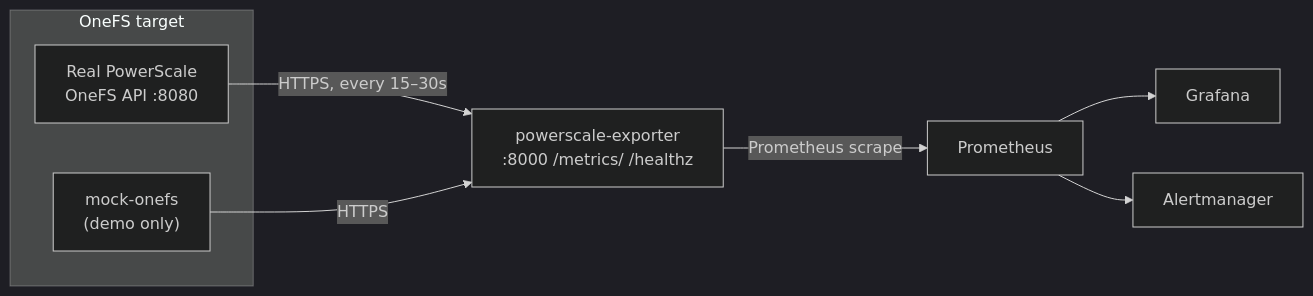
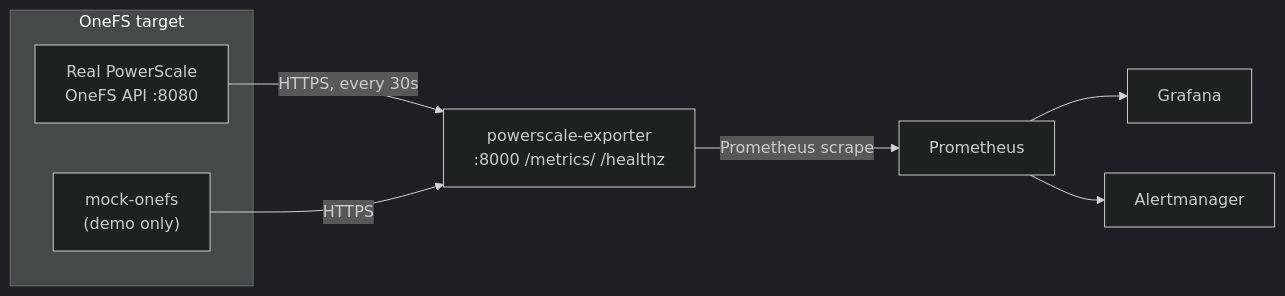
The diagram in README.md (chanawh/pscale-exporter), drawn with Mermaid (dark theme) before and after one commit. The commit also changed other lines of this file, not shown here.

````diff
--- a/README.md
+++ b/README.md
@@ -21,12 +21,12 @@
 ```mermaid
 flowchart LR
     subgraph Target["OneFS target"]
         A["Real PowerScale<br/>OneFS API :8080"]
         M["mock-onefs<br/>(demo only)"]
     end
-    A -->|"HTTPS, every 15–30s"| E["powerscale-exporter<br/>:8000 /metrics/ /healthz"]
+    A -->|"HTTPS, every 30s"| E["powerscale-exporter<br/>:8000 /metrics/ /healthz"]
     M -->|"HTTPS"| E
     E -->|"Prometheus scrape"| P["Prometheus"]
     P --> G["Grafana"]
     P --> AM["Alertmanager"]
 ```
````
